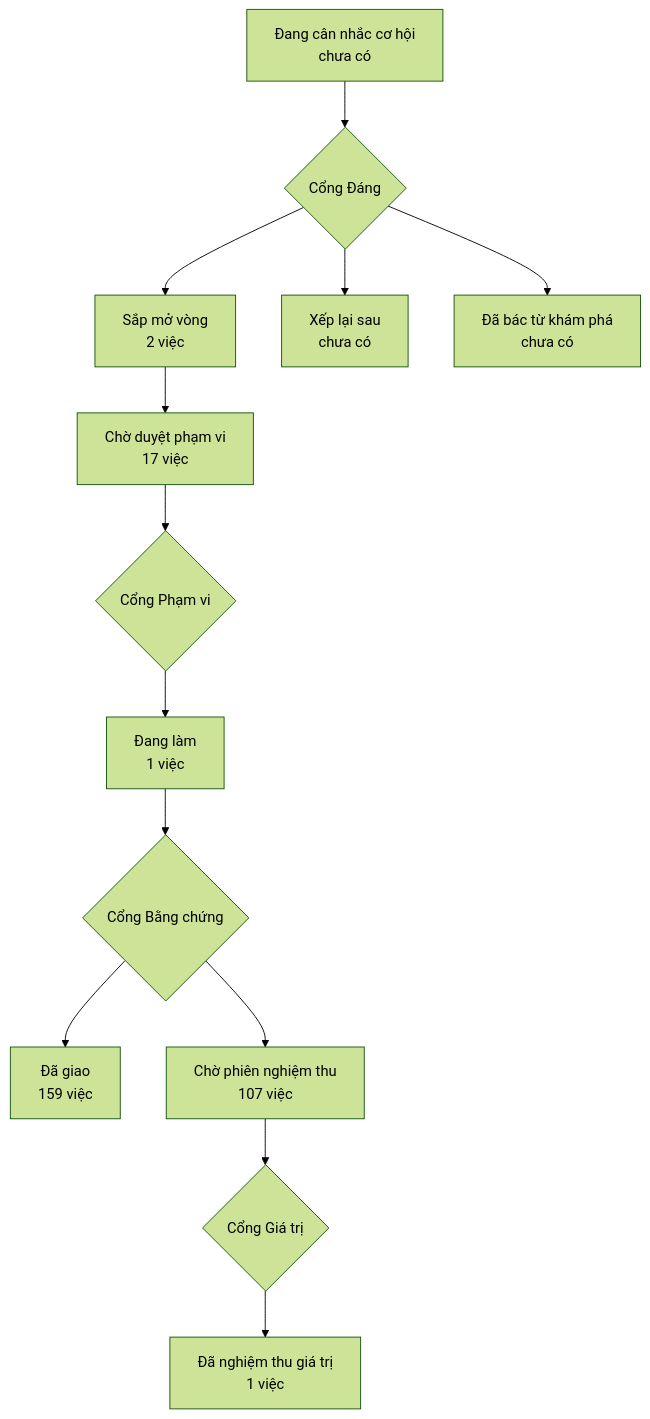
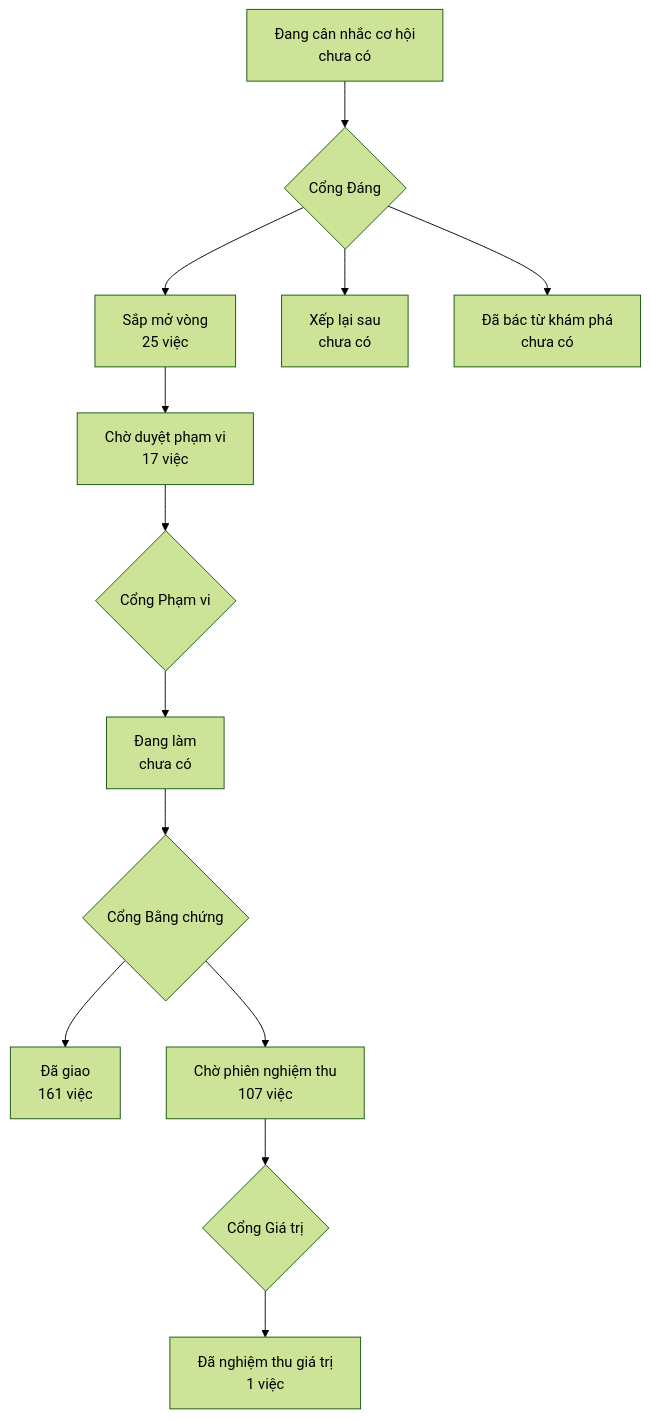
One commit to phanlemanh/onehub-invest changed the diagram in PRODUCT-MAP.md. Above: the diagram before and after it, drawn with Mermaid (forest theme). The commit also changed other lines of this file and 4 other files, not shown here.

````diff
--- a/PRODUCT-MAP.md
+++ b/PRODUCT-MAP.md
@@ -7,12 +7,12 @@
 ```mermaid
 flowchart TD
   A["Đang cân nhắc cơ hội<br/>chưa có"] --> GD{"Cổng Đáng"}
-  GD --> B["Sắp mở vòng<br/>2 việc"]
+  GD --> B["Sắp mở vòng<br/>25 việc"]
   GD --> XL["Xếp lại sau<br/>chưa có"]
   GD --> DB["Đã bác từ khám phá<br/>chưa có"]
   B --> CD["Chờ duyệt phạm vi<br/>17 việc"] --> GP{"Cổng Phạm vi"}
-  GP --> DL["Đang làm<br/>1 việc"] --> GB{"Cổng Bằng chứng"}
-  GB --> DG["Đã giao<br/>159 việc"]
+  GP --> DL["Đang làm<br/>chưa có"] --> GB{"Cổng Bằng chứng"}
+  GB --> DG["Đã giao<br/>161 việc"]
   GB --> CN["Chờ phiên nghiệm thu<br/>107 việc"] --> GG{"Cổng Giá trị"}
   GG --> NT["Đã nghiệm thu giá trị<br/>1 việc"]
 ```
````
